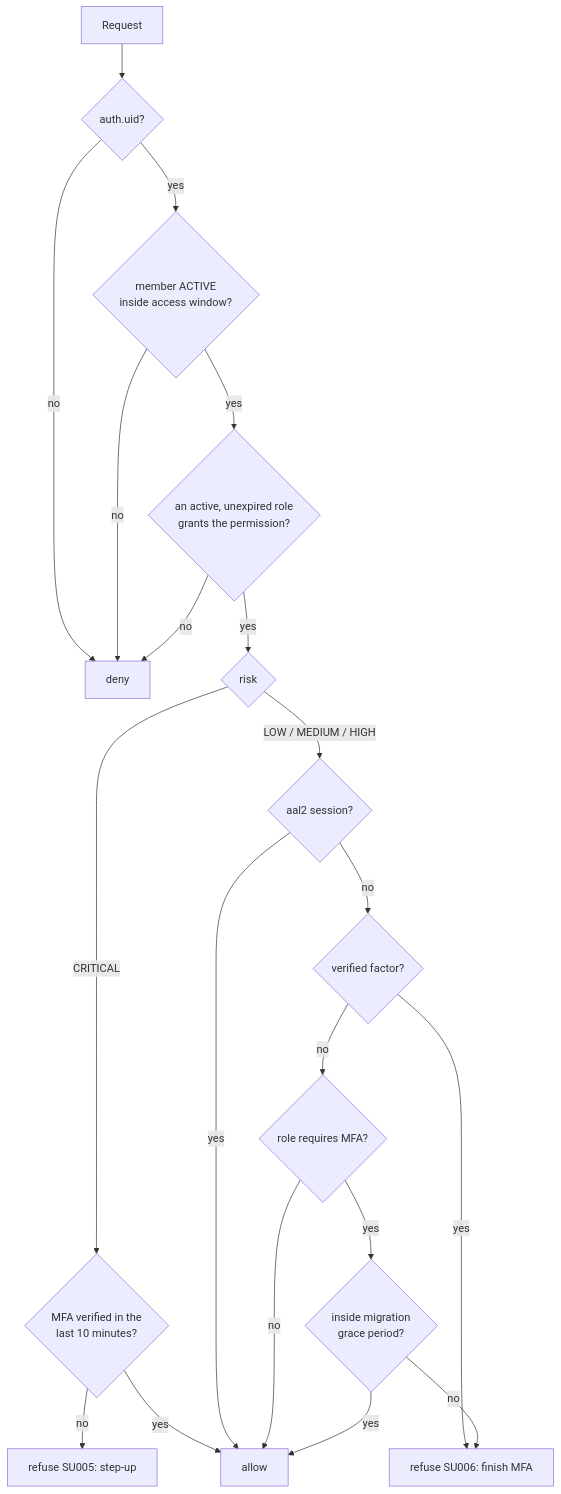
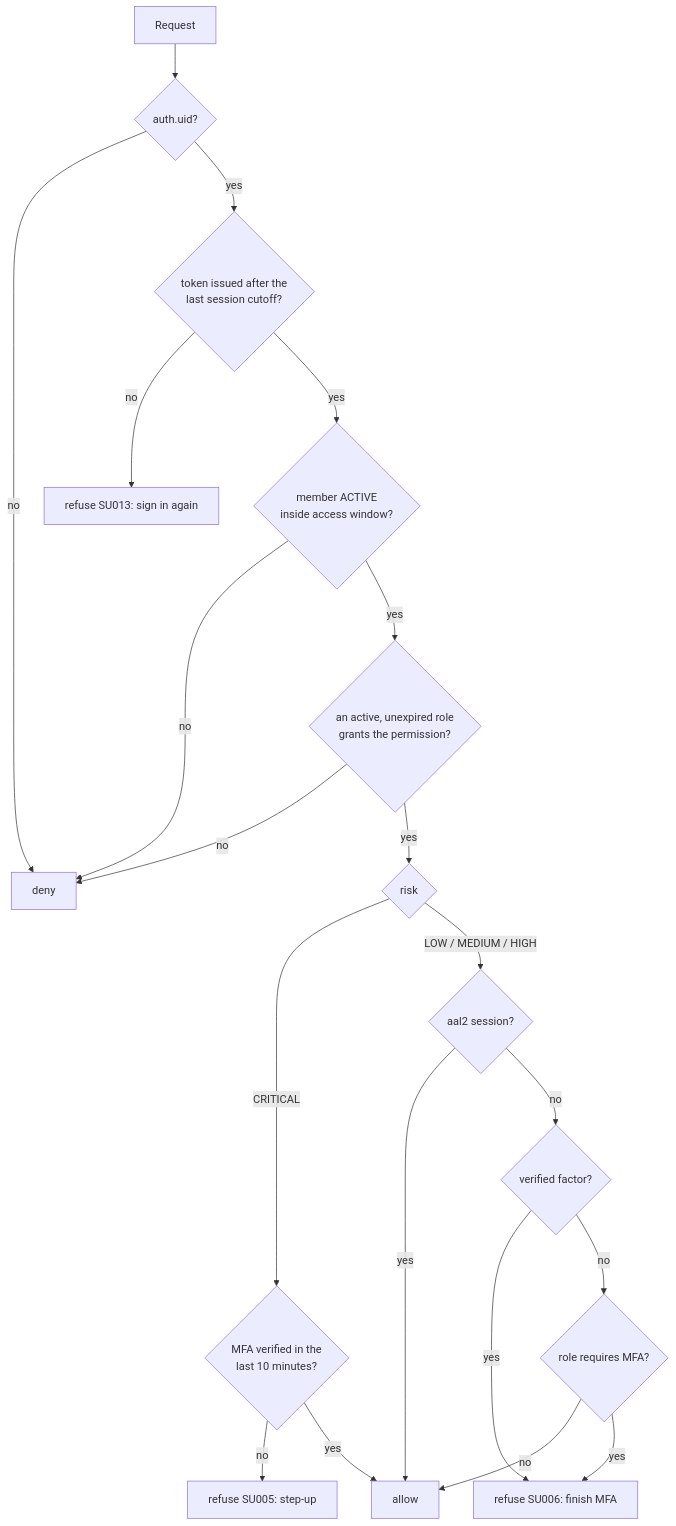
Before and after one commit to Pedruzz30/SpaceUnderground: the second of 4 diagrams in docs/security-architecture.md, drawn with Mermaid. The commit also changed other lines of this file and 2 other files, not shown here.

````diff
--- a/docs/security-architecture.md
+++ b/docs/security-architecture.md
@@ -149,22 +153,22 @@
 ```mermaid
 flowchart TD
   R[Request] --> U{auth.uid?}
   U -- no --> D[deny]
-  U -- yes --> M{member ACTIVE<br/>inside access window?}
+  U -- yes --> T{token issued after the<br/>last session cutoff?}
+  T -- no --> SU013[refuse SU013: sign in again]
+  T -- yes --> M{member ACTIVE<br/>inside access window?}
   M -- no --> D
   M -- yes --> G{an active, unexpired role<br/>grants the permission?}
   G -- no --> D
   G -- yes --> K{risk}
   K -- CRITICAL --> S{MFA verified in the<br/>last 10 minutes?}
   S -- no --> SU005[refuse SU005: step-up]
   S -- yes --> A[allow]
   K -- LOW / MEDIUM / HIGH --> Q{aal2 session?}
   Q -- yes --> A
   Q -- no --> F{verified factor?}
   F -- yes --> SU006[refuse SU006: finish MFA]
   F -- no --> P{role requires MFA?}
   P -- no --> A
-  P -- yes --> GR{inside migration<br/>grace period?}
-  GR -- yes --> A
-  GR -- no --> SU006
+  P -- yes --> SU006
 ```
````
